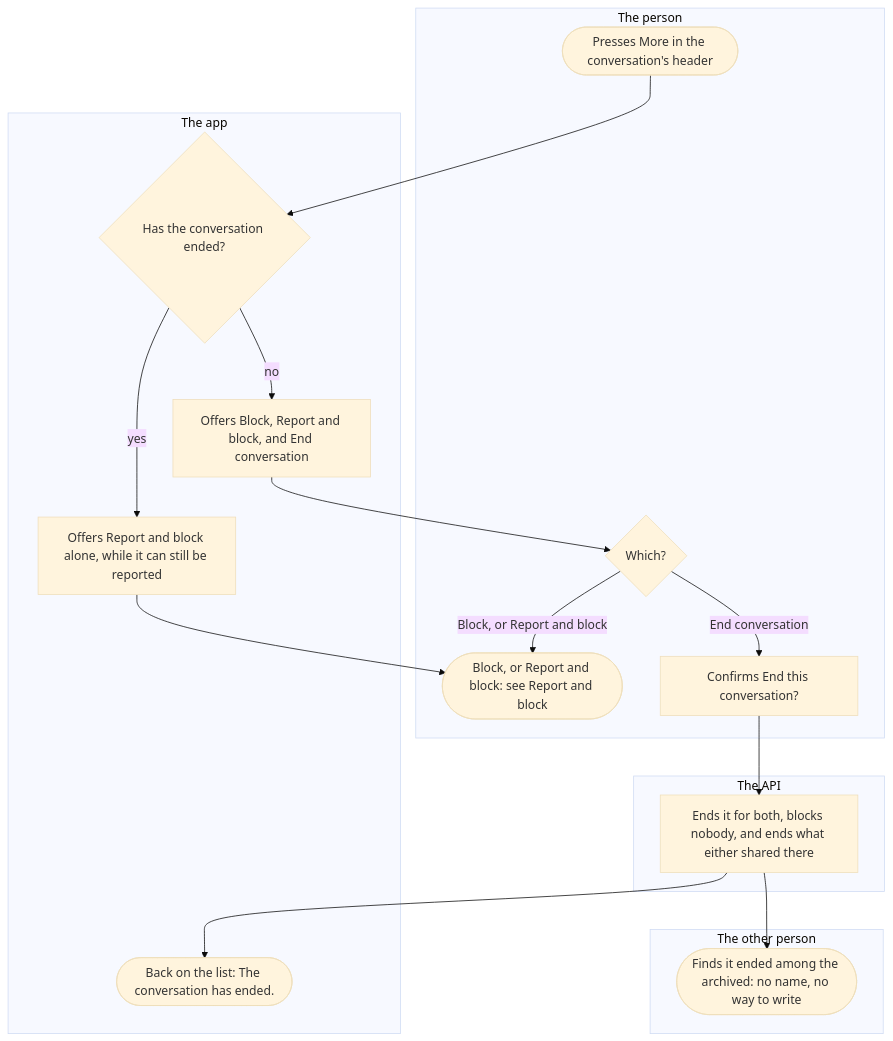
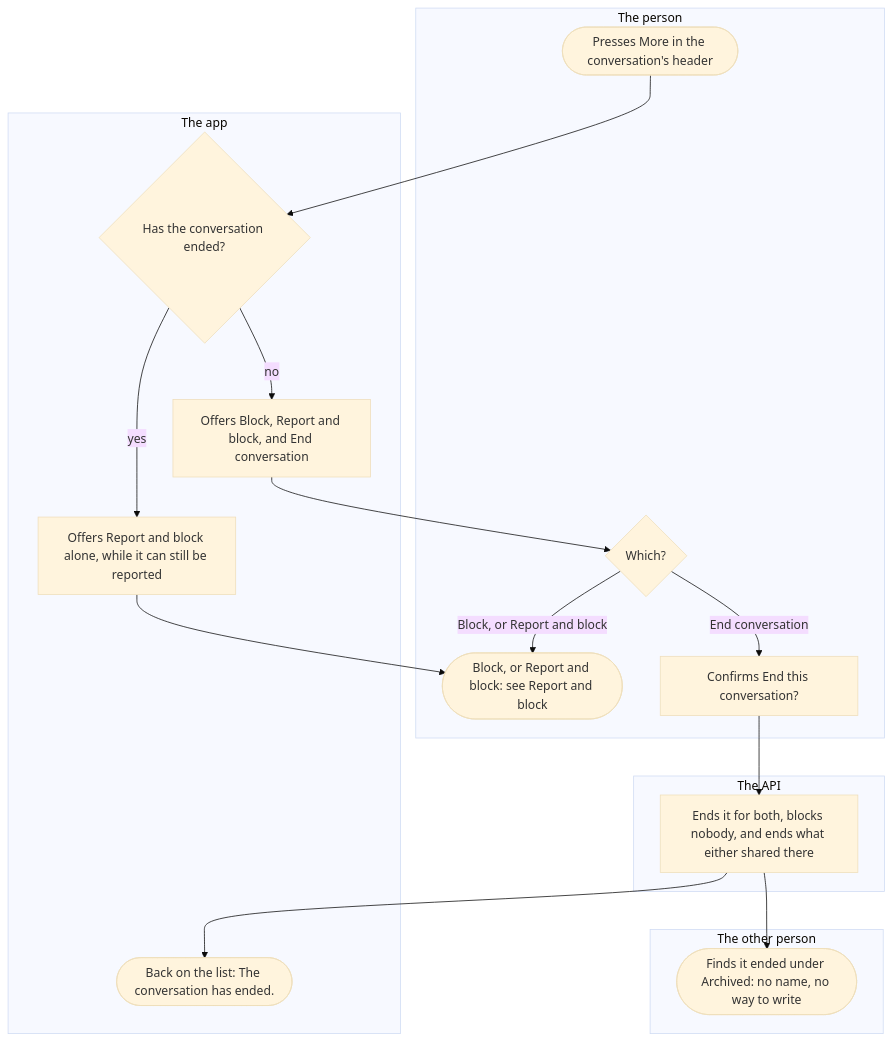
One commit to kuutti-ry/kuutti-app changed the fourth of 4 diagrams in docs/flows/chat.md. Above: the diagram before and after it, drawn with Mermaid (base theme). The commit also changed other lines of this file and 41 other files, not shown here.

First line of the commit message:
Redraw the user flows against today's main, held by check:docs

````diff
--- a/docs/flows/chat.md
+++ b/docs/flows/chat.md
@@ -186,33 +215,33 @@
 ```mermaid
 flowchart TB
   accTitle: Chat, part 4: ending a conversation
-  accDescr: More in the conversation's header offers Block, Report and block and End conversation, or in an ended conversation Report and block alone while it can still be reported. End conversation, once confirmed, ends it for both and blocks nobody. The person is back on the list, which says so, and both find it among the archived, naming nobody, with no way to write. Block and report are the Report and block flow.
+  accDescr: More in the conversation's header offers Block, Report and block and End conversation, or in an ended conversation Report and block alone while it can still be reported. End conversation, once confirmed, ends it for both and blocks nobody. The person is back on the list, which says so, with the way to the support page, and both find it among the archived, naming nobody, with no way to write. Block and report are the Report and block flow.
   subgraph person["The person"]
-    s40(["Presses More in the conversation's header"])
-    s44{"Which?"}
-    s45(["Block, or Report and block: see Report and block"])
-    s46["Confirms End this conversation?"]
+    s42(["Presses More in the conversation's header"])
+    s46{"Which?"}
+    s47(["Block, or Report and block: see Report and block"])
+    s48["Confirms End this conversation?"]
   end
   subgraph app["The app"]
-    s41{"Has the conversation ended?"}
-    s42["Offers Block, Report and block, and End conversation"]
-    s43["Offers Report and block alone, while it can still be reported"]
-    s48(["Back on the list: The conversation has ended."])
+    s43{"Has the conversation ended?"}
+    s44["Offers Block, Report and block, and End conversation"]
+    s45["Offers Report and block alone, while it can still be reported"]
+    s50(["Back on the list: The conversation has ended."])
   end
   subgraph api["The API"]
-    s47["Ends it for both, blocks nobody, and ends what either shared there"]
+    s49["Ends it for both, blocks nobody, and ends what either shared there"]
   end
   subgraph other["The other person"]
-    s49(["Finds it ended among the archived: no name, no way to write"])
+    s51(["Finds it ended under Archived: no name, no way to write"])
   end
-  s40 --> s41
-  s41 -->|"no"| s42
-  s41 -->|"yes"| s43
-  s42 --> s44
-  s43 --> s45
-  s44 -->|"Block, or Report and block"| s45
-  s44 -->|"End conversation"| s46
-  s46 --> s47
-  s47 --> s48
-  s47 --> s49
+  s42 --> s43
+  s43 -->|"no"| s44
+  s43 -->|"yes"| s45
+  s44 --> s46
+  s45 --> s47
+  s46 -->|"Block, or Report and block"| s47
+  s46 -->|"End conversation"| s48
+  s48 --> s49
+  s49 --> s50
+  s49 --> s51
 ```
````
